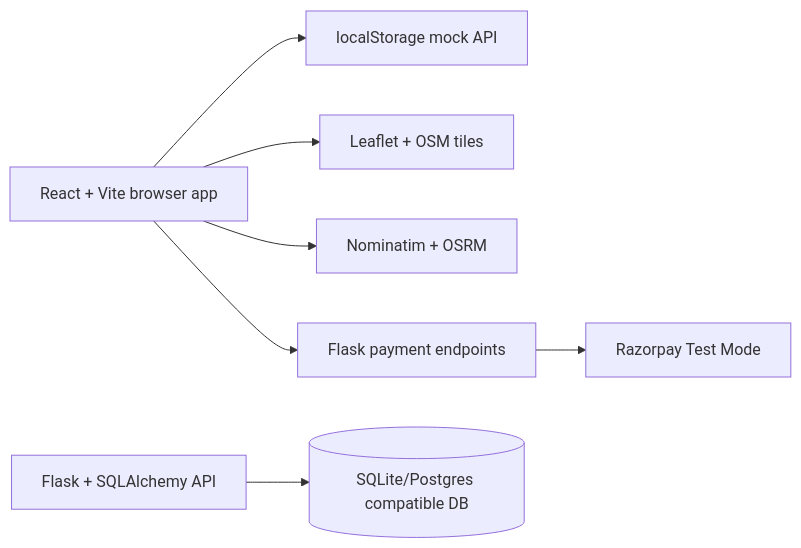
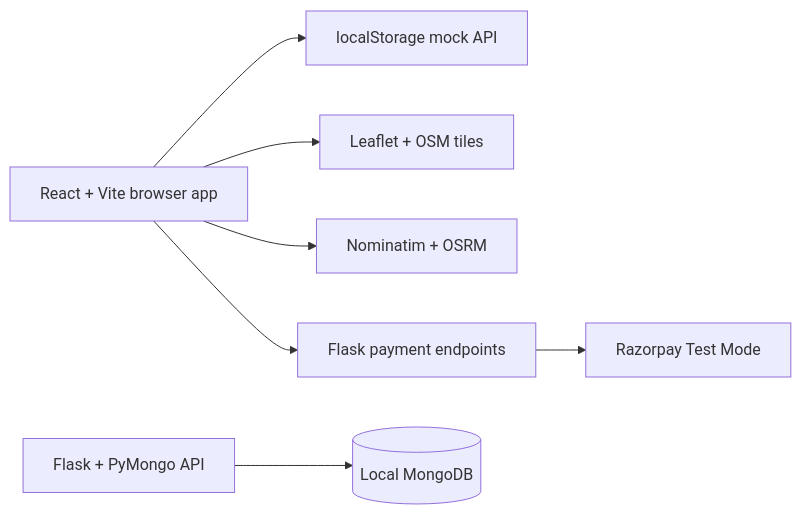
One commit to RDC28/odoo-hackathon changed the diagram in docs/architecture.md. Above: the diagram before and after it, drawn with Mermaid. The commit also changed 57 other files, not shown here.

First line of the commit message:
Migrate backend from SQLAlchemy/SQLite to local MongoDB (PyMongo)

````diff
--- a/docs/architecture.md
+++ b/docs/architecture.md
@@ -5,9 +5,9 @@
 ```mermaid
 flowchart LR
   Browser[React + Vite browser app] --> Mock[localStorage mock API]
   Browser --> Maps[Leaflet + OSM tiles]
   Browser --> Geo[Nominatim + OSRM]
   Browser --> Razor[Flask payment endpoints]
   Razor --> RZP[Razorpay Test Mode]
-  Backend[Flask + SQLAlchemy API] --> SQL[(SQLite/Postgres compatible DB)]
+  Backend[Flask + PyMongo API] --> Mongo[(Local MongoDB)]
 ```
````
